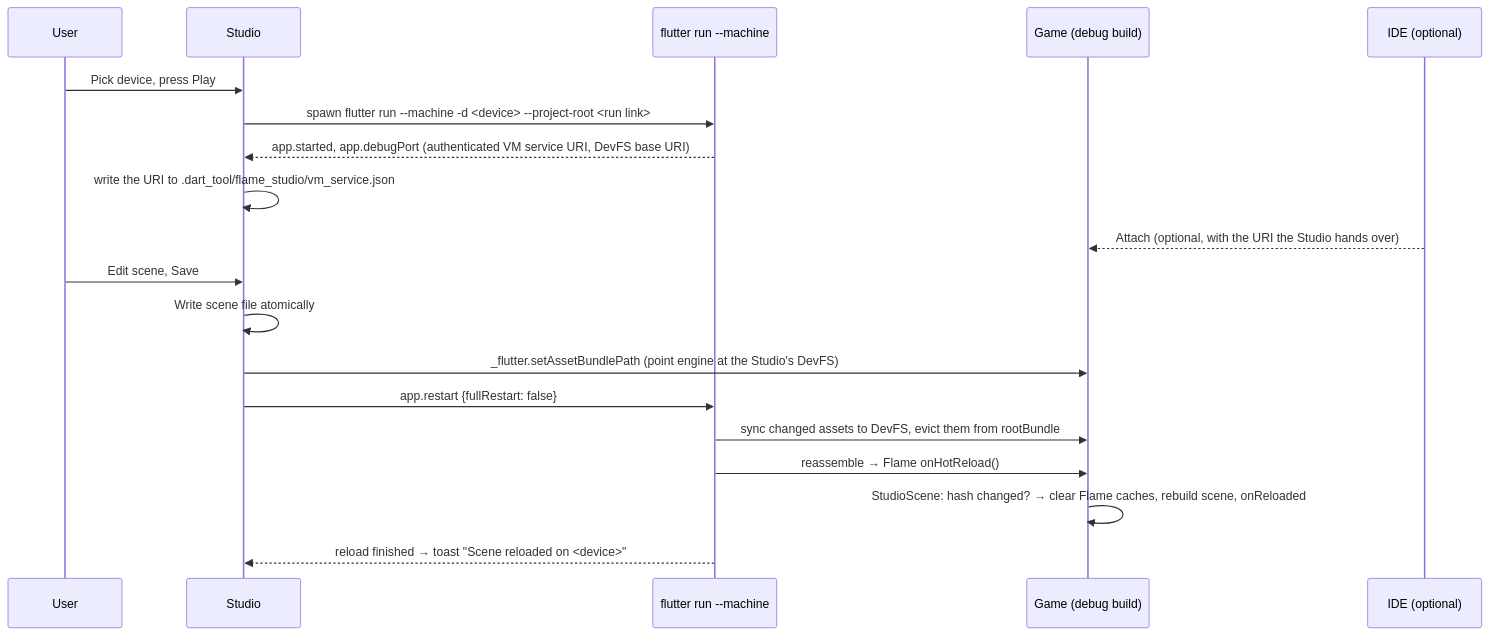
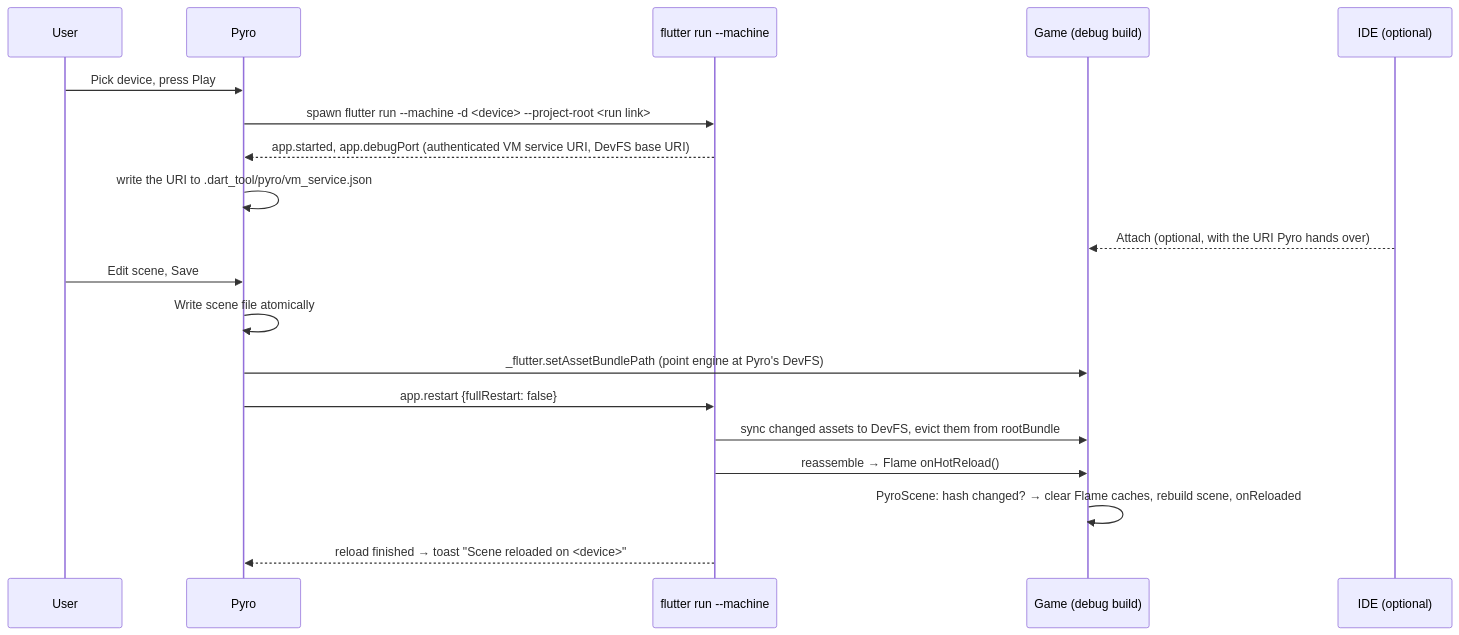
The second of 2 diagrams in docs/project-plan.md (salah-rashad/flame_studio), drawn with Mermaid before and after one commit. The commit also changed other lines of this file and 487 other files, not shown here.

First line of the commit message:
chore: rename Flame Studio to Pyro (Q86)

````diff
--- a/docs/project-plan.md
+++ b/docs/project-plan.md
@@ -642,22 +642,22 @@
 ```mermaid
 sequenceDiagram
   participant U as User
-  participant S as Studio
+  participant S as Pyro
   participant F as flutter run --machine
   participant G as Game (debug build)
   participant I as IDE (optional)
 
   U->>S: Pick device, press Play
   S->>F: spawn flutter run --machine -d <device> --project-root <run link>
   F-->>S: app.started, app.debugPort (authenticated VM service URI, DevFS base URI)
-  S->>S: write the URI to .dart_tool/flame_studio/vm_service.json
-  I-->>G: Attach (optional, with the URI the Studio hands over)
+  S->>S: write the URI to .dart_tool/pyro/vm_service.json
+  I-->>G: Attach (optional, with the URI Pyro hands over)
   U->>S: Edit scene, Save
   S->>S: Write scene file atomically
-  S->>G: _flutter.setAssetBundlePath (point engine at the Studio's DevFS)
+  S->>G: _flutter.setAssetBundlePath (point engine at Pyro's DevFS)
   S->>F: app.restart {fullRestart: false}
   F->>G: sync changed assets to DevFS, evict them from rootBundle
   F->>G: reassemble → Flame onHotReload()
-  G->>G: StudioScene: hash changed? → clear Flame caches, rebuild scene, onReloaded
+  G->>G: PyroScene: hash changed? → clear Flame caches, rebuild scene, onReloaded
   F-->>S: reload finished → toast "Scene reloaded on <device>"
 ```
````
